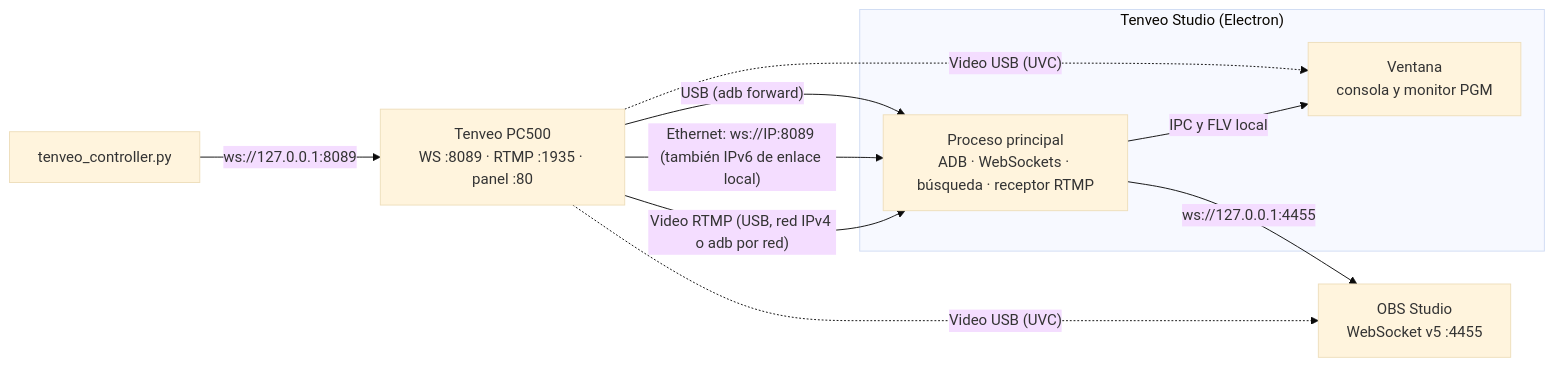
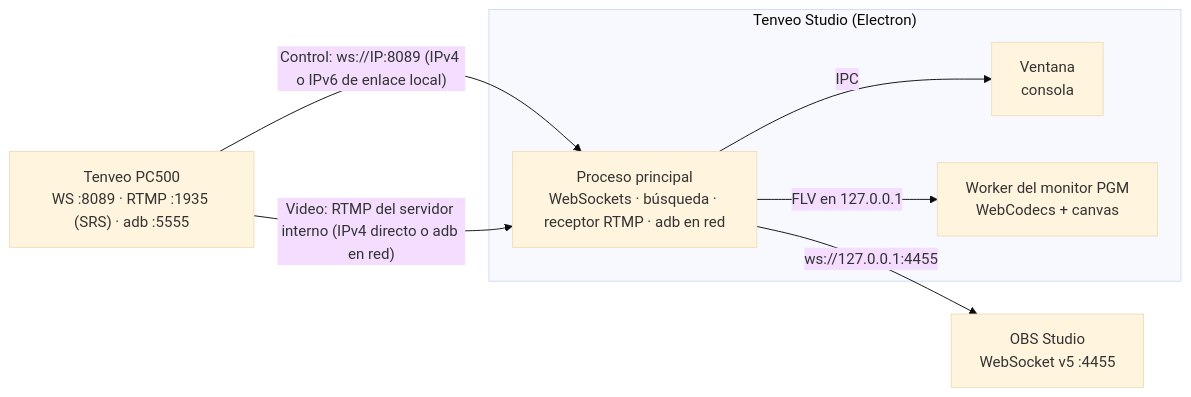
The diagram in DOCUMENTACION.md (ThePunisherBaby/VeController), drawn with Mermaid (base theme) before and after one commit. The commit also changed other lines of this file and 40 other files, not shown here.

First line of the commit message:
Tenveo Studio 1.3.0: solo red, GPU recuperada y monitor de baja latencia

````diff
--- a/DOCUMENTACION.md
+++ b/DOCUMENTACION.md
@@ -24,19 +24,16 @@
 ```mermaid
 flowchart LR
-    PC500["Tenveo PC500<br/>WS :8089 · RTMP :1935 · panel :80"]
+    PC500["Tenveo PC500<br/>WS :8089 · RTMP :1935 (SRS) · adb :5555"]
     subgraph APP["Tenveo Studio (Electron)"]
-        MAIN["Proceso principal<br/>ADB · WebSockets · búsqueda · receptor RTMP"]
-        UI["Ventana<br/>consola y monitor PGM"]
+        MAIN["Proceso principal<br/>WebSockets · búsqueda · receptor RTMP · adb en red"]
+        UI["Ventana<br/>consola"]
+        WORKER["Worker del monitor PGM<br/>WebCodecs + canvas"]
     end
     OBS["OBS Studio<br/>WebSocket v5 :4455"]
-    CLI["tenveo_controller.py"]
 
-    PC500 -- "USB (adb forward)" --> MAIN
-    PC500 -- "Ethernet: ws://IP:8089 (también IPv6 de enlace local)" --> MAIN
-    PC500 -- "Video RTMP (USB, red IPv4 o adb por red)" --> MAIN
-    PC500 -. "Video USB (UVC)" .-> UI
-    MAIN -- "IPC y FLV local" --> UI
+    PC500 -- "Control: ws://IP:8089 (IPv4 o IPv6 de enlace local)" --> MAIN
+    PC500 -- "Video: RTMP del servidor interno (IPv4 directo o adb en red)" --> MAIN
+    MAIN -- "IPC" --> UI
+    MAIN -- "FLV en 127.0.0.1" --> WORKER
     MAIN -- "ws://127.0.0.1:4455" --> OBS
-    CLI -- "ws://127.0.0.1:8089" --> PC500
-    PC500 -. "Video USB (UVC)" .-> OBS
 ```
````
